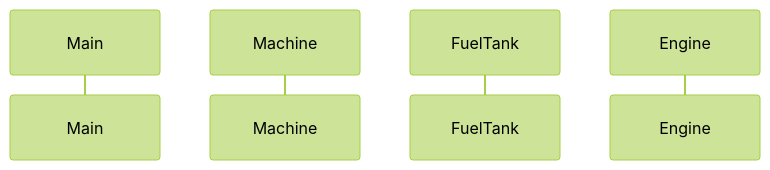
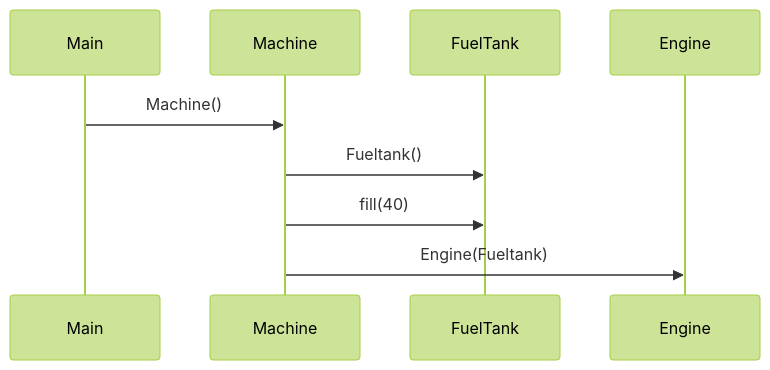
One commit to Nanotiike/ot-harjoitustyo changed the diagram in laskarit/viikko3/machine.md. Above: the diagram before and after it, drawn with Mermaid (forest theme).

````diff
--- a/laskarit/viikko3/machine.md
+++ b/laskarit/viikko3/machine.md
@@ -1,7 +1,11 @@
 ```mermaid
 sequenceDiagram
    participant X as Main
    participant M as Machine
    participant F as FuelTank
    participant E as Engine
+   X ->> M: Machine()
+   M ->> F: Fueltank()
+   M ->> F: fill(40)
+   M ->> E: Engine(Fueltank)
 ```
````
